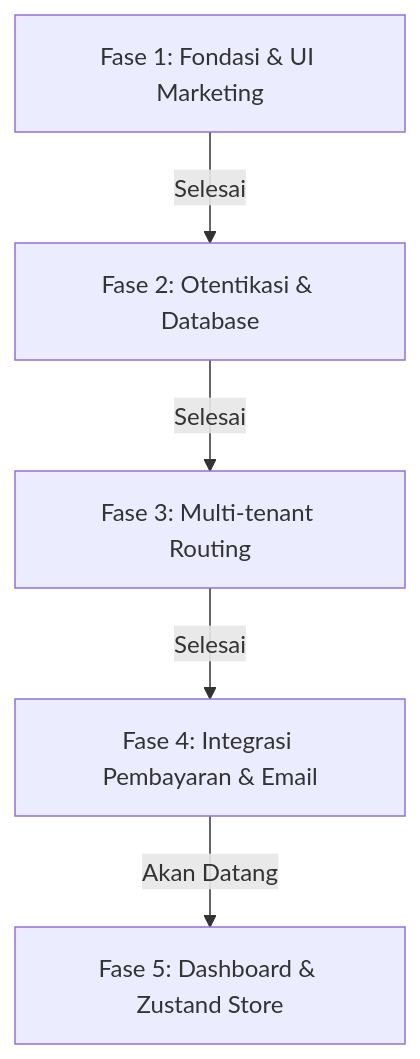
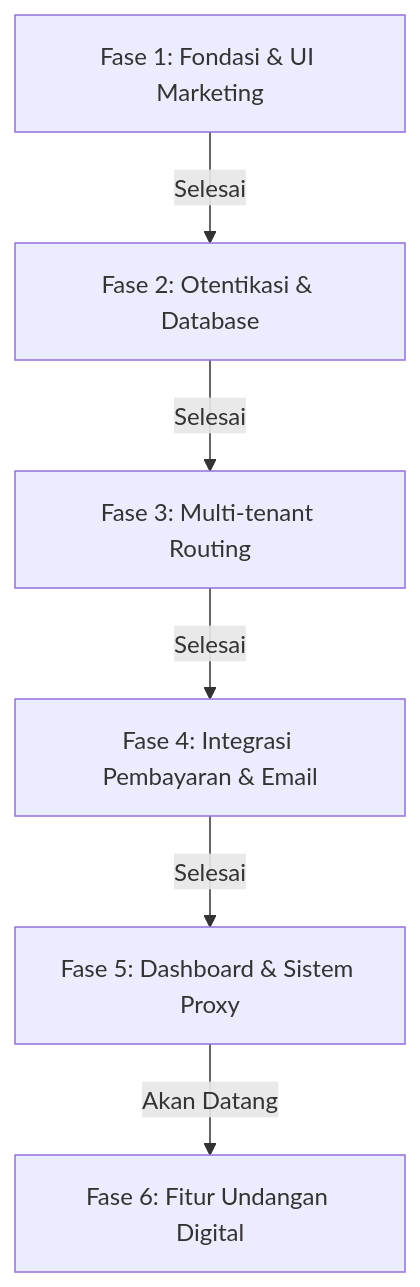
One commit to cephiii94/upshare changed the diagram in roadmap.md. Above: the diagram before and after it, drawn with Mermaid. The commit also changed other lines of this file and 10 other files, not shown here.

````diff
--- a/roadmap.md
+++ b/roadmap.md
@@ -9,7 +9,8 @@
 ```mermaid
 graph TD
     Phase1[Fase 1: Fondasi & UI Marketing] -->|Selesai| Phase2[Fase 2: Otentikasi & Database]
     Phase2 -->|Selesai| Phase3[Fase 3: Multi-tenant Routing]
     Phase3 -->|Selesai| Phase4[Fase 4: Integrasi Pembayaran & Email]
-    Phase4 -->|Akan Datang| Phase5[Fase 5: Dashboard & Zustand Store]
+    Phase4 -->|Selesai| Phase5[Fase 5: Dashboard & Sistem Proxy]
+    Phase5 -->|Akan Datang| Phase6[Fase 6: Fitur Undangan Digital]
 ```
````
